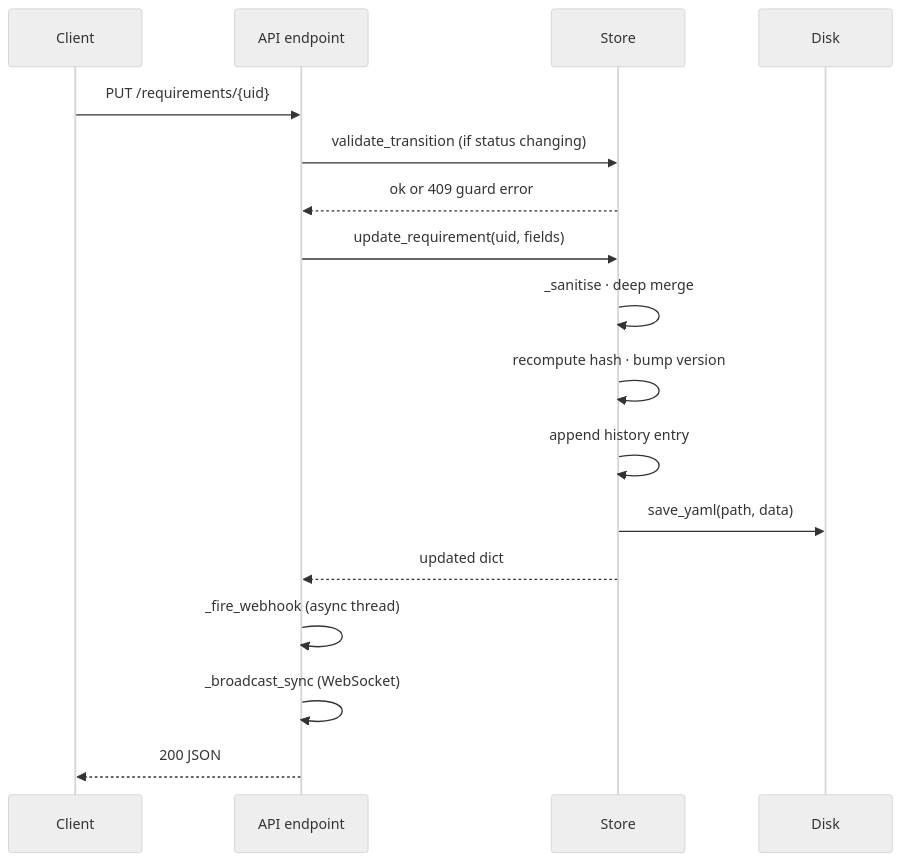
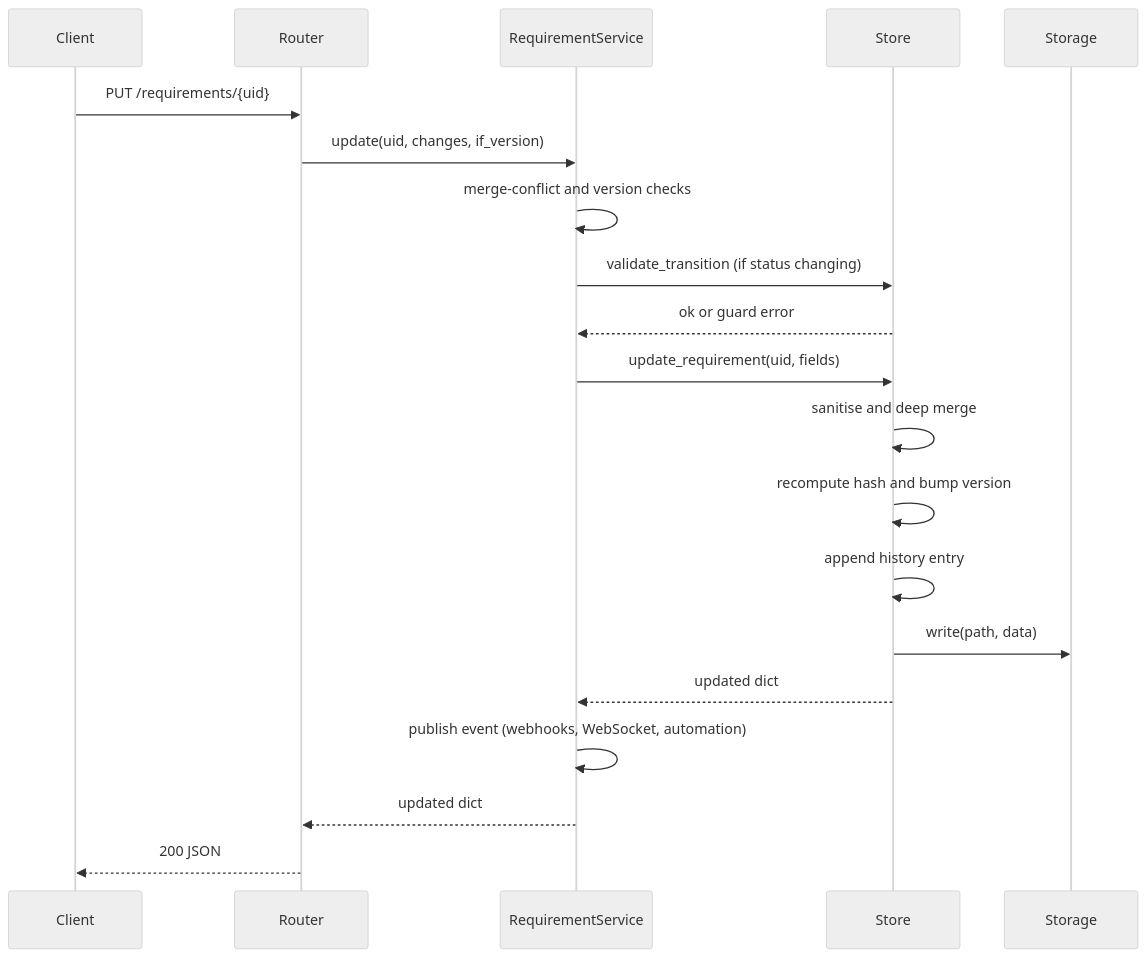
One commit to markbac/reqtool changed the seventh of 8 diagrams in docs/ARCHITECTURE.md. Above: the diagram before and after it, drawn with Mermaid (neutral theme). The commit also changed other lines of this file and 152 other files, not shown here.

First line of the commit message:
Layered architecture (ARC-02..06), service layer, test tiers (QA-01), docs

````diff
--- a/docs/ARCHITECTURE.md
+++ b/docs/ARCHITECTURE.md
@@ -746,20 +767,23 @@
 ```mermaid
 sequenceDiagram
     participant C as Client
-    participant API as API endpoint
+    participant R as Router
+    participant S as RequirementService
     participant Store
-    participant Disk
+    participant Disk as Storage
 
-    C->>API: PUT /requirements/{uid}
-    API->>Store: validate_transition (if status changing)
-    Store-->>API: ok or 409 guard error
-    API->>Store: update_requirement(uid, fields)
-    Store->>Store: _sanitise · deep merge
-    Store->>Store: recompute hash · bump version
+    C->>R: PUT /requirements/{uid}
+    R->>S: update(uid, changes, if_version)
+    S->>S: merge-conflict and version checks
+    S->>Store: validate_transition (if status changing)
+    Store-->>S: ok or guard error
+    S->>Store: update_requirement(uid, fields)
+    Store->>Store: sanitise and deep merge
+    Store->>Store: recompute hash and bump version
     Store->>Store: append history entry
-    Store->>Disk: save_yaml(path, data)
-    Store-->>API: updated dict
-    API->>API: _fire_webhook (async thread)
-    API->>API: _broadcast_sync (WebSocket)
-    API-->>C: 200 JSON
+    Store->>Disk: write(path, data)
+    Store-->>S: updated dict
+    S->>S: publish event (webhooks, WebSocket, automation)
+    S-->>R: updated dict
+    R-->>C: 200 JSON
 ```
````
